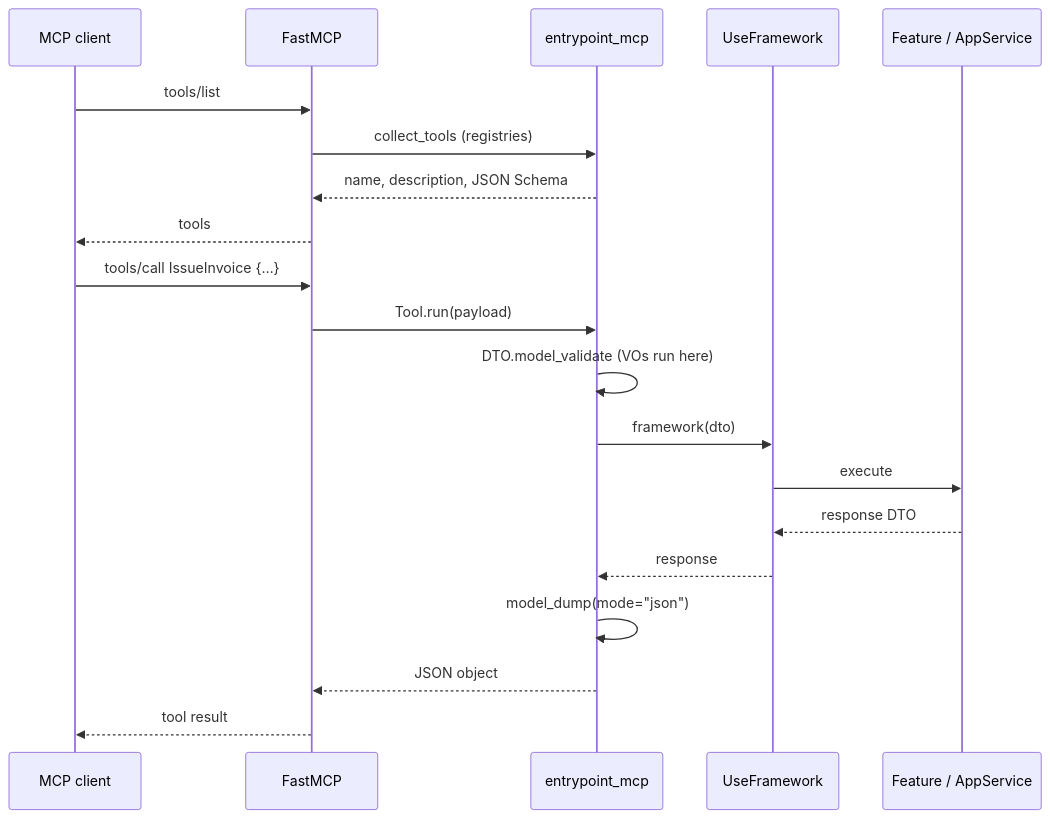
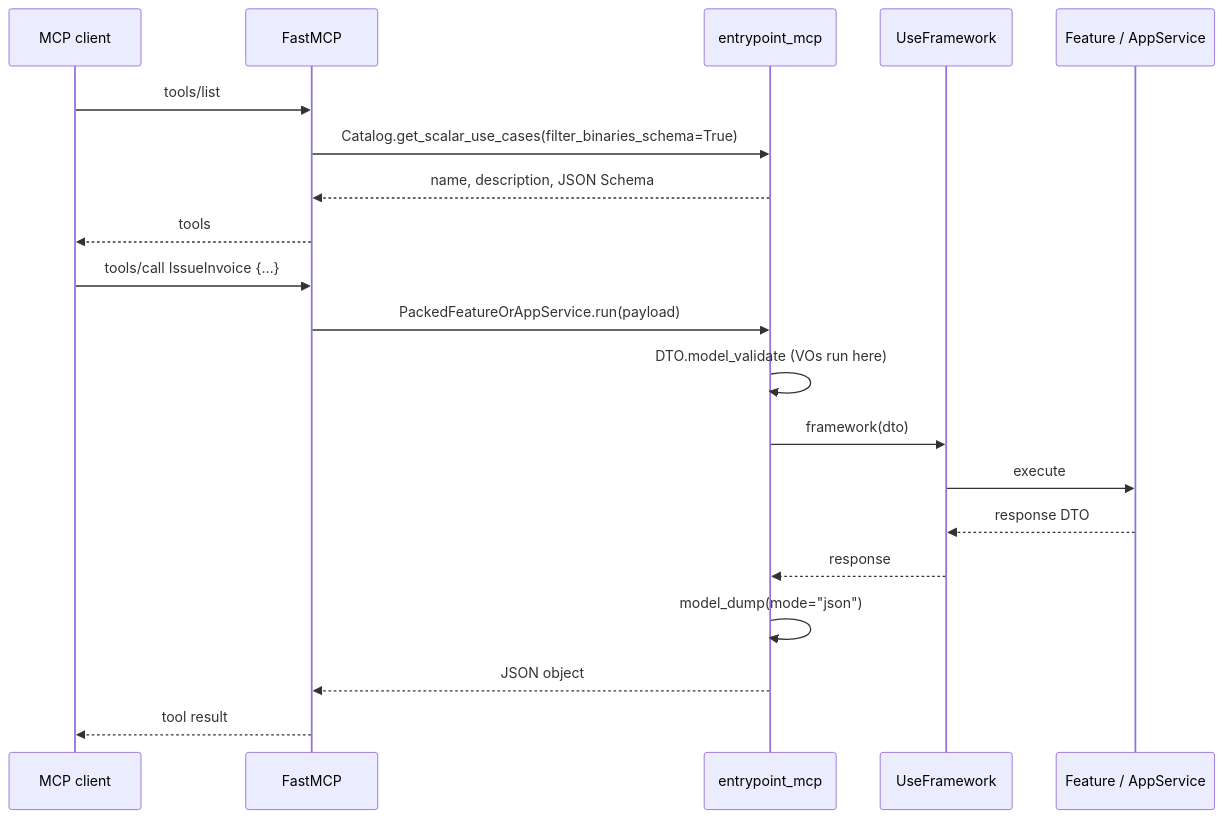
Before and after one commit to Sincpro-SRL/sincpro_framework: the diagram in docs/architecture/entrypoint_mcp.md, drawn with Mermaid. The commit also changed other lines of this file and 25 other files, not shown here.

````diff
--- a/docs/architecture/entrypoint_mcp.md
+++ b/docs/architecture/entrypoint_mcp.md
@@ -132,24 +134,24 @@
 ```mermaid
 sequenceDiagram
     participant Agent as MCP client
     participant Host as FastMCP
     participant EP as entrypoint_mcp
     participant Bus as UseFramework
     participant F as Feature / AppService
 
     Agent->>Host: tools/list
-    Host->>EP: collect_tools (registries)
+    Host->>EP: Catalog.get_scalar_use_cases(filter_binaries_schema=True)
     EP-->>Host: name, description, JSON Schema
     Host-->>Agent: tools
 
     Agent->>Host: tools/call IssueInvoice {…}
-    Host->>EP: Tool.run(payload)
+    Host->>EP: PackedFeatureOrAppService.run(payload)
     EP->>EP: DTO.model_validate (VOs run here)
     EP->>Bus: framework(dto)
     Bus->>F: execute
     F-->>Bus: response DTO
     Bus-->>EP: response
     EP->>EP: model_dump(mode="json")
     EP-->>Host: JSON object
     Host-->>Agent: tool result
 ```
````
